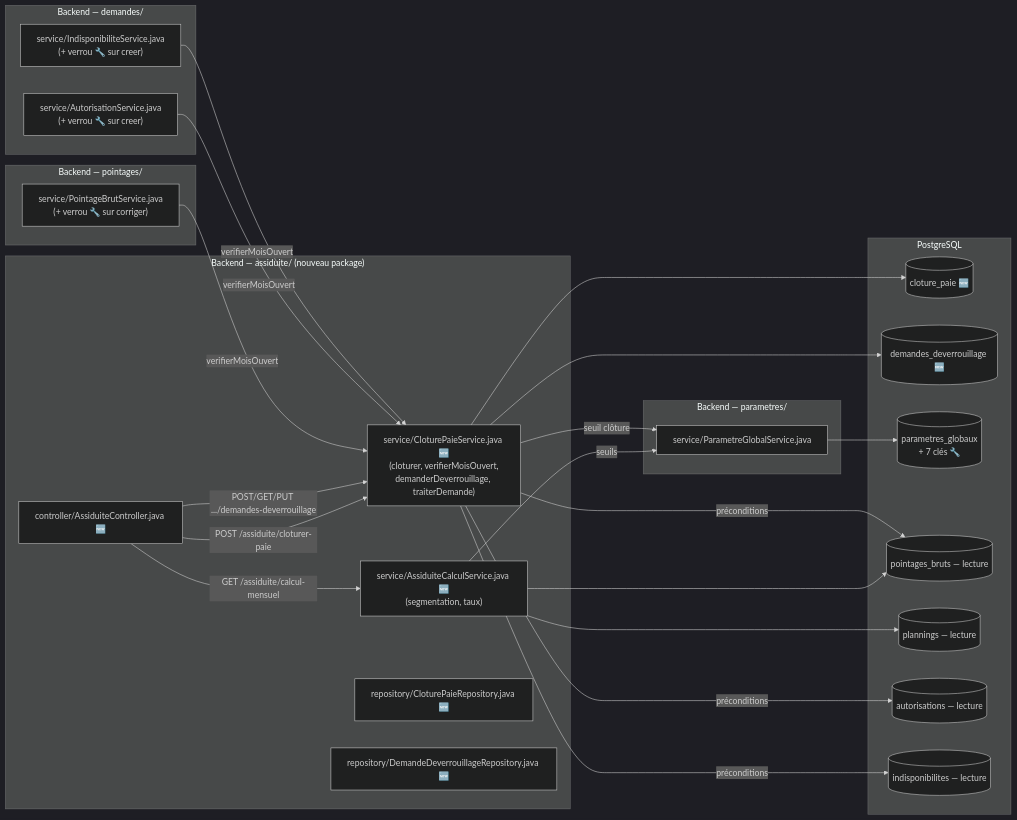
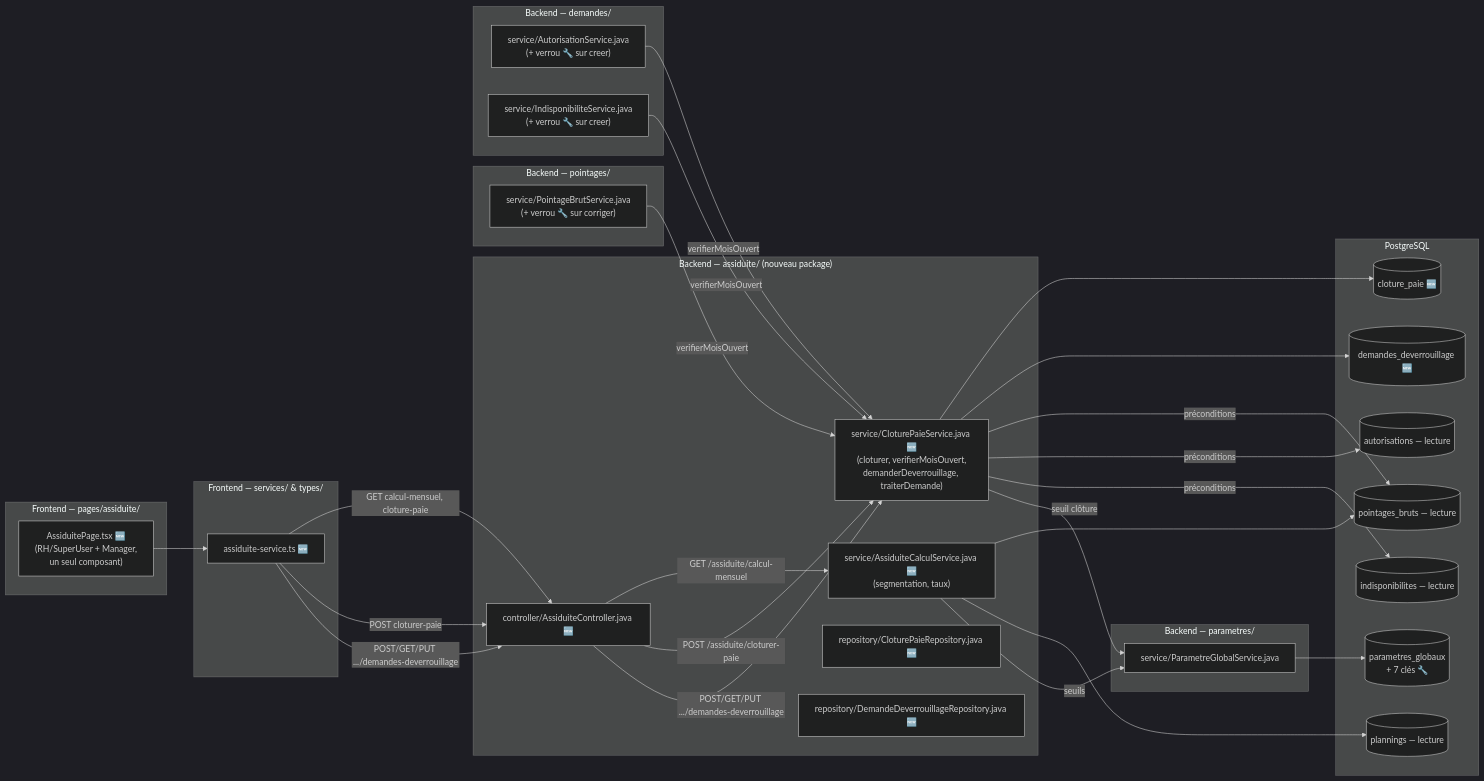
The diagram in docs/LOTS/LOT_6_ASSIDUITE_PAIE.md (MdRiabi/sirh-project-backend), drawn with Mermaid (dark theme) before and after one commit. The commit also changed other lines of this file, not shown here.

First line of the commit message:
docs(lot-6): finalize LOT_6 report with frontend implementation details

````diff
--- a/docs/LOTS/LOT_6_ASSIDUITE_PAIE.md
+++ b/docs/LOTS/LOT_6_ASSIDUITE_PAIE.md
@@ -39,52 +51,65 @@
 ```mermaid
 flowchart LR
+    subgraph FE_Assiduite["Frontend — pages/assiduite/"]
+        AssiduitePage["AssiduitePage.tsx 🆕<br/>(RH/SuperUser + Manager,<br/>un seul composant)"]
+    end
+
+    subgraph FE_Svc["Frontend — services/ & types/"]
+        AssiduiteSvc["assiduite-service.ts 🆕"]
+    end
+
+    AssiduitePage --> AssiduiteSvc
+    AssiduiteSvc -->|"GET calcul-mensuel, cloture-paie"| AssController
+    AssiduiteSvc -->|"POST cloturer-paie"| AssController
+    AssiduiteSvc -->|"POST/GET/PUT .../demandes-deverrouillage"| AssController
+
     subgraph BE_Assiduite["Backend — assiduite/ (nouveau package)"]
         AssController["controller/AssiduiteController.java 🆕"]
         CalculService["service/AssiduiteCalculService.java 🆕<br/>(segmentation, taux)"]
         CloturePaieService["service/CloturePaieService.java 🆕<br/>(cloturer, verifierMoisOuvert,<br/>demanderDeverrouillage, traiterDemande)"]
         CloturePaieRepo["repository/CloturePaieRepository.java 🆕"]
         DemandeRepo["repository/DemandeDeverrouillageRepository.java 🆕"]
     end
 
     subgraph BE_Pointages["Backend — pointages/"]
         PointageBrutService["service/PointageBrutService.java<br/>(+ verrou 🔧 sur corriger)"]
     end
 
     subgraph BE_Demandes["Backend — demandes/"]
         AutService["service/AutorisationService.java<br/>(+ verrou 🔧 sur creer)"]
         IndispoService["service/IndisponibiliteService.java<br/>(+ verrou 🔧 sur creer)"]
     end
 
     subgraph BE_Parametres["Backend — parametres/"]
         ParamService["service/ParametreGlobalService.java"]
     end
 
     subgraph DB["PostgreSQL"]
         T_cloture[(cloture_paie 🆕)]
         T_deverrouillage[(demandes_deverrouillage 🆕)]
         T_param[(parametres_globaux<br/>+ 7 clés 🔧)]
         T_pointages[(pointages_bruts — lecture)]
         T_plannings[(plannings — lecture)]
         T_aut[(autorisations — lecture)]
         T_indispo[(indisponibilites — lecture)]
     end
 
     AssController -->|"GET /assiduite/calcul-mensuel"| CalculService
     AssController -->|"POST /assiduite/cloturer-paie"| CloturePaieService
     AssController -->|"POST/GET/PUT .../demandes-deverrouillage"| CloturePaieService
 
     CalculService --> T_pointages
     CalculService --> T_plannings
     CalculService -->|"seuils"| ParamService --> T_param
 
     CloturePaieService --> T_cloture
     CloturePaieService --> T_deverrouillage
     CloturePaieService -->|"préconditions"| T_pointages
     CloturePaieService -->|"préconditions"| T_aut
     CloturePaieService -->|"préconditions"| T_indispo
     CloturePaieService -->|"seuil clôture"| ParamService
 
     PointageBrutService -->|"verifierMoisOuvert"| CloturePaieService
     AutService -->|"verifierMoisOuvert"| CloturePaieService
     IndispoService -->|"verifierMoisOuvert"| CloturePaieService
 ```
````
